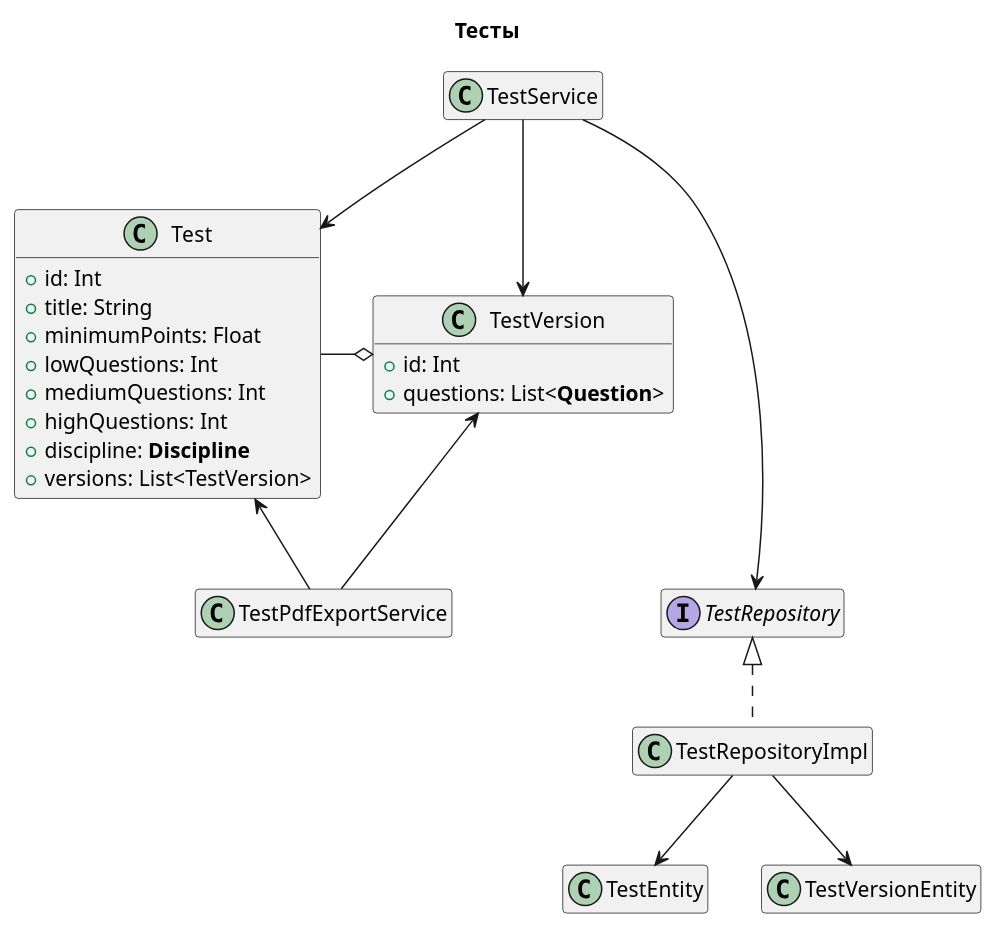
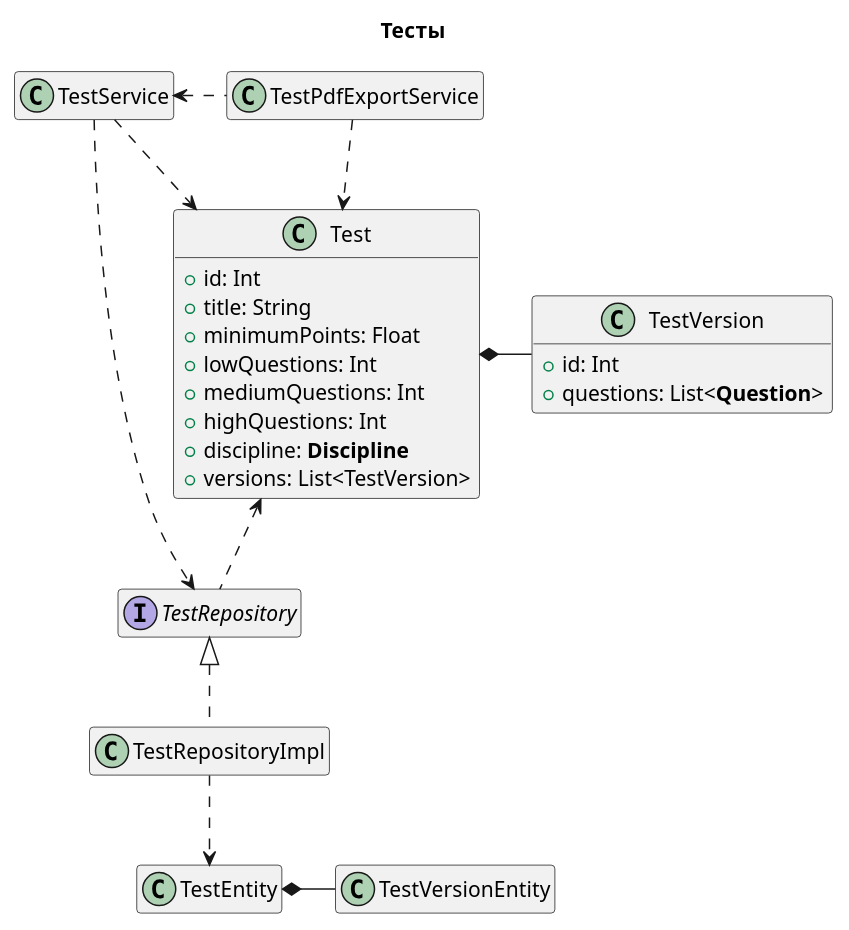
One commit to hyposun/deppplom changed the diagram in src/main/docs/classes_test.puml. Above: the diagram before and after it, drawn with PlantUML. The commit also changed 6 other files, not shown here.

Commit message:
chg: актуализации схем

```diff
--- a/src/main/docs/classes_test.puml
+++ b/src/main/docs/classes_test.puml
@@ -1,46 +1,50 @@
 @startuml
 
 hide empty members
 allowmixing
 
 title "Тесты"
 
 class TestService
 
 interface TestRepository
 
 class Test {
     + id: Int
     + title: String
     + minimumPoints: Float
     + lowQuestions: Int
     + mediumQuestions: Int
     + highQuestions: Int
     + discipline: <b>Discipline</b>
     + versions: List<TestVersion>
 }
 
 class TestVersion {
     + id: Int
     + questions: List<<b>Question</b>>
 }
 
-Test -o TestVersion
+Test *- TestVersion
 
-TestService --> Test
-TestService --> TestVersion
-TestService ---> TestRepository
+TestService ..> Test
+TestService ...> TestRepository
+'TestService ..> TestVersion
 
 
 class TestRepositoryImpl implements TestRepository
 class TestEntity
 class TestVersionEntity
-TestRepositoryImpl --> TestEntity
-TestRepositoryImpl --> TestVersionEntity
+TestRepositoryImpl ..> TestEntity
+'TestRepositoryImpl ..> TestVersionEntity
+TestEntity *- TestVersionEntity
 
 class TestPdfExportService
-Test <-- TestPdfExportService
-TestVersion <-- TestPdfExportService
+TestPdfExportService ..> Test
+TestService <. TestPdfExportService
+'TestVersion <-- TestPdfExportService
 
+Test <.. TestRepository
+'TestVersion <.. TestRepository
 
 @enduml
```
